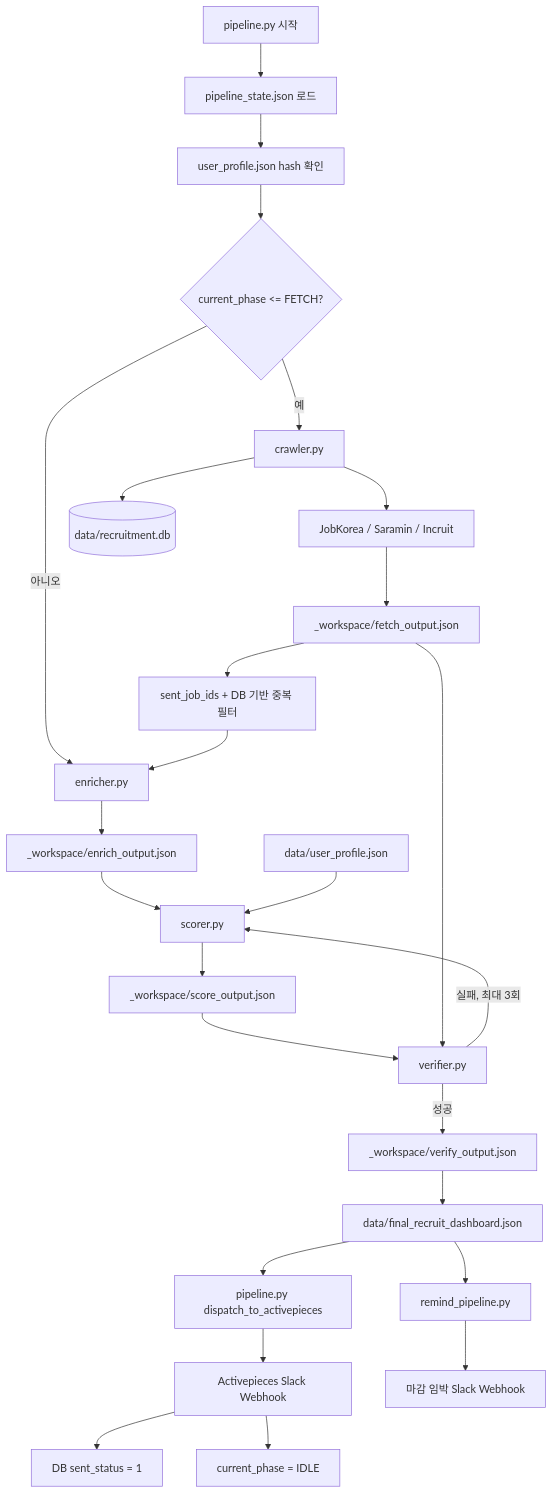
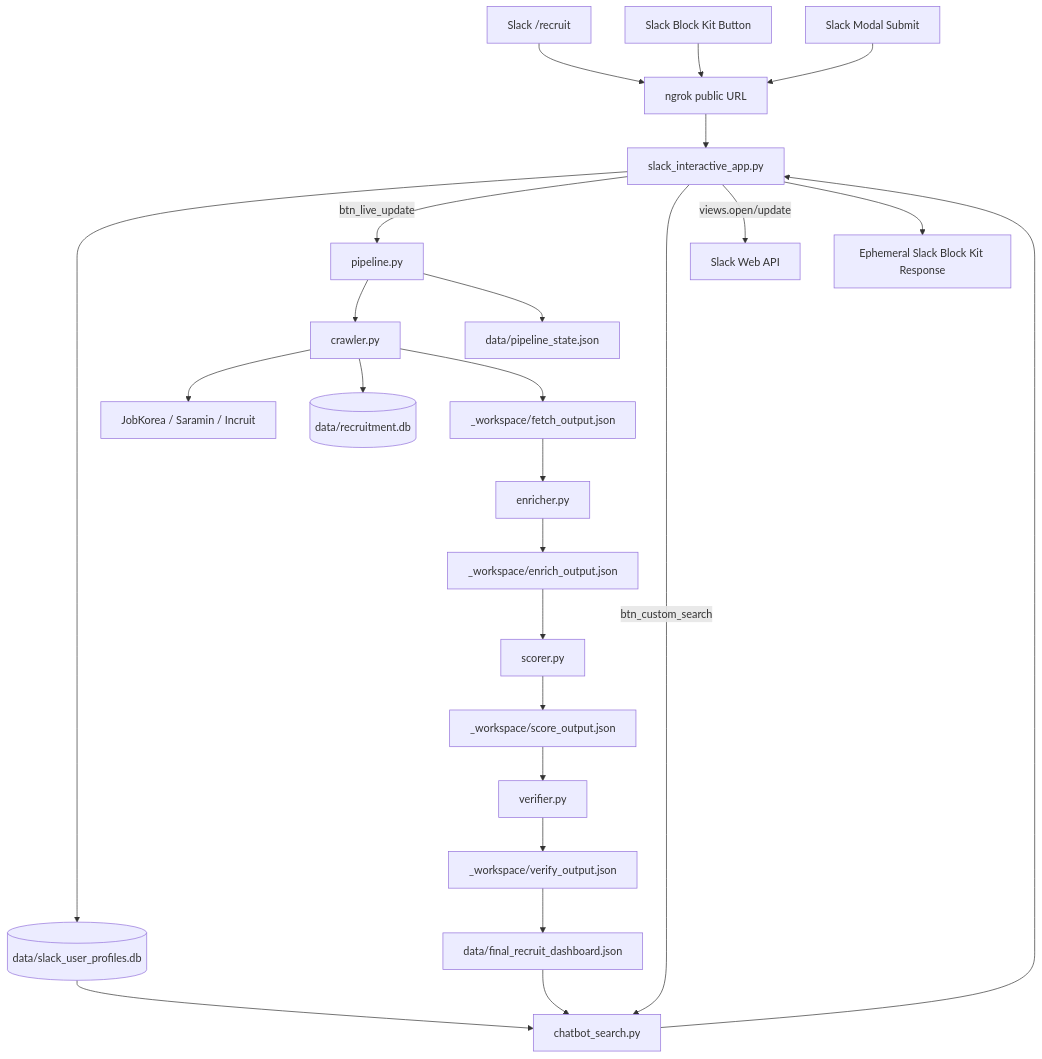
One commit to cidtw/sw_project changed the diagram in Architecture.md. Above: the diagram before and after it, drawn with Mermaid. The commit also changed other lines of this file and 13 other files, not shown here.

````diff
--- a/Architecture.md
+++ b/Architecture.md
@@ -56,34 +32,31 @@
 ```mermaid
 flowchart TD
-    Start["pipeline.py 시작"] --> State["pipeline_state.json 로드"]
-    State --> ProfileHash["user_profile.json hash 확인"]
-    ProfileHash --> Fetch{"current_phase <= FETCH?"}
+    SlackSlash["Slack /recruit"] --> Ngrok["ngrok public URL"]
+    SlackButton["Slack Block Kit Button"] --> Ngrok
+    SlackModal["Slack Modal Submit"] --> Ngrok
 
-    Fetch -->|예| Crawler["crawler.py"]
+    Ngrok --> FastAPI["slack_interactive_app.py"]
+    FastAPI --> ProfileDB[("data/slack_user_profiles.db")]
+    FastAPI -->|btn_live_update| Pipeline["pipeline.py"]
+    FastAPI -->|btn_custom_search| Search["chatbot_search.py"]
+    FastAPI -->|views.open/update| SlackAPI["Slack Web API"]
+
+    Pipeline --> Crawler["crawler.py"]
     Crawler --> JobSites["JobKorea / Saramin / Incruit"]
-    JobSites --> FetchOut["_workspace/fetch_output.json"]
-    Crawler --> DB[("data/recruitment.db")]
+    Crawler --> RecruitDB[("data/recruitment.db")]
+    Crawler --> FetchOut["_workspace/fetch_output.json"]
 
-    Fetch -->|아니오| Enrich
-    FetchOut --> Dedupe["sent_job_ids + DB 기반 중복 필터"]
-    Dedupe --> Enrich["enricher.py"]
-    Enrich --> EnrichOut["_workspace/enrich_output.json"]
+    FetchOut --> Enricher["enricher.py"]
+    Enricher --> EnrichOut["_workspace/enrich_output.json"]
+    EnrichOut --> Scorer["scorer.py"]
+    Scorer --> ScoreOut["_workspace/score_output.json"]
+    ScoreOut --> Verifier["verifier.py"]
+    Verifier --> VerifyOut["_workspace/verify_output.json"]
+    VerifyOut --> Final["data/final_recruit_dashboard.json"]
+    Pipeline --> State["data/pipeline_state.json"]
 
-    EnrichOut --> Score["scorer.py"]
-    Profile["data/user_profile.json"] --> Score
-    Score --> ScoreOut["_workspace/score_output.json"]
-
-    ScoreOut --> Verify["verifier.py"]
-    FetchOut --> Verify
-    Verify -->|성공| VerifyOut["_workspace/verify_output.json"]
-    Verify -->|실패, 최대 3회| Score
-
-    VerifyOut --> Final["data/final_recruit_dashboard.json"]
-    Final --> Dispatch["pipeline.py dispatch_to_activepieces"]
-    Dispatch --> Activepieces["Activepieces Slack Webhook"]
-    Activepieces --> SentStatus["DB sent_status = 1"]
-    Activepieces --> Idle["current_phase = IDLE"]
-
-    Final --> Remind["remind_pipeline.py"]
-    Remind --> RemindWebhook["마감 임박 Slack Webhook"]
+    Final --> Search
+    ProfileDB --> Search
+    Search --> FastAPI
+    FastAPI --> SlackBlocks["Ephemeral Slack Block Kit Response"]
 ```
````
